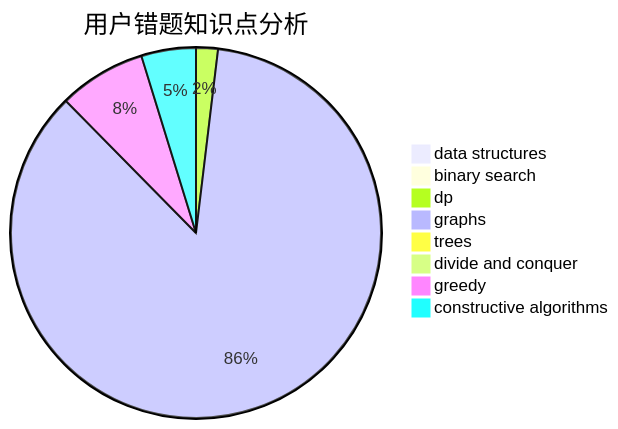
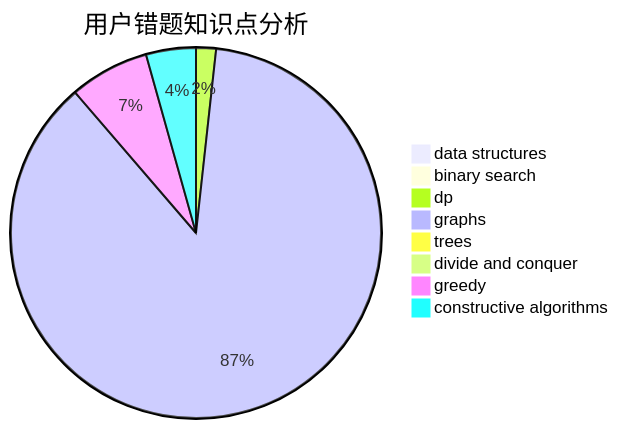
Before and after one commit to sherpahu/cfrs.github.io: the third of 3 diagrams in docs/user/u2258.md, drawn with Mermaid. The commit also changed other lines of this file and 2770 other files, not shown here.

````diff
--- a/docs/user/u2258.md
+++ b/docs/user/u2258.md
@@ -36,11 +36,11 @@
 ```mermaid
 pie title 用户错题知识点分析
     "data structures" :  0
     "binary search" :  0
     "dp" :  2
-    "graphs" :  90
+    "graphs" :  100
     "trees" :  0
     "divide and conquer" :  0
     "greedy" :  8
     "constructive algorithms" :  5
 ```
````
